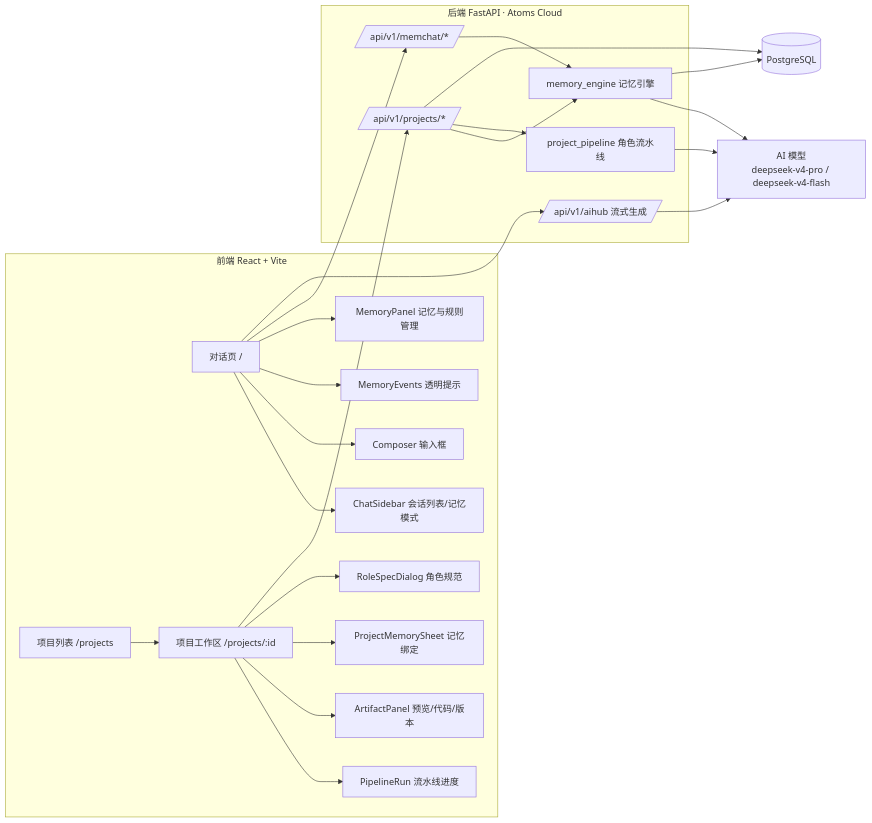
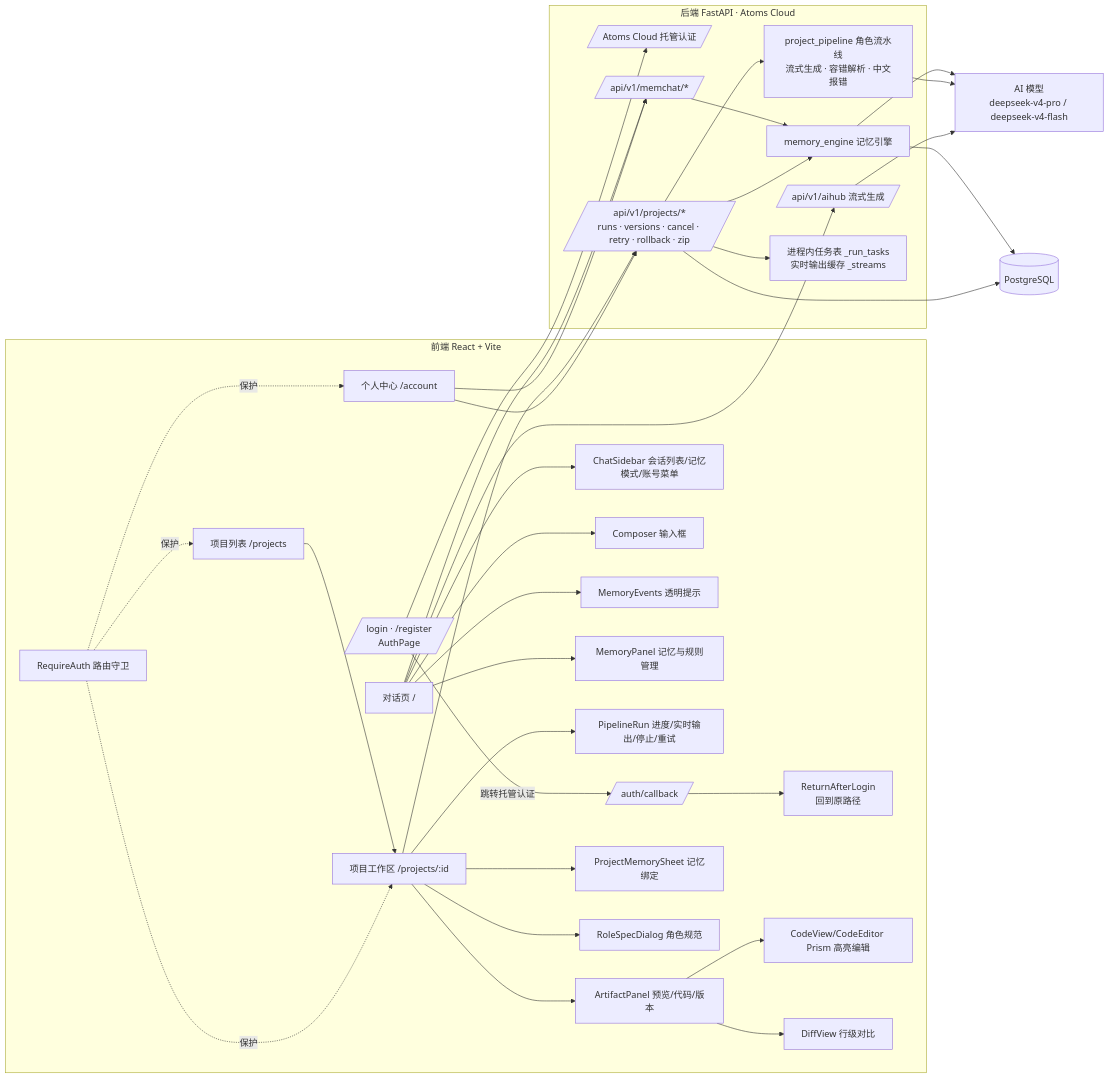
The first of 12 diagrams in app/docs/系统功能设计说明.md (immoobc/atoms-demo), drawn with Mermaid before and after one commit. The commit also changed other lines of this file and 20 other files, not shown here.

First line of the commit message:
feat: auth pages, code management, streaming agent, state restore; docs v2.0

````diff
--- a/app/docs/系统功能设计说明.md
+++ b/app/docs/系统功能设计说明.md
@@ -31,35 +53,46 @@
 ```mermaid
 flowchart LR
   subgraph FE[前端 React + Vite]
-    A[对话页 /] --> A1[ChatSidebar 会话列表/记忆模式]
+    L[/login · /register<br/>AuthPage/] -->|跳转托管认证| CB[/auth/callback/]
+    CB --> RA[ReturnAfterLogin<br/>回到原路径]
+    A[对话页 /] --> A1[ChatSidebar 会话列表/记忆模式/账号菜单]
     A --> A2[Composer 输入框]
     A --> A3[MemoryEvents 透明提示]
     A --> A4[MemoryPanel 记忆与规则管理]
+    ACC[个人中心 /account]
     P[项目列表 /projects] --> W[项目工作区 /projects/:id]
-    W --> W1[PipelineRun 流水线进度]
+    W --> W1[PipelineRun 进度/实时输出/停止/重试]
     W --> W2[ArtifactPanel 预览/代码/版本]
+    W2 --> W2a[CodeView/CodeEditor Prism 高亮编辑]
+    W2 --> W2b[DiffView 行级对比]
     W --> W3[ProjectMemorySheet 记忆绑定]
     W --> W4[RoleSpecDialog 角色规范]
+    G[RequireAuth 路由守卫] -.保护.-> P & W & ACC
   end
   subgraph BE[后端 FastAPI · Atoms Cloud]
+    AUTH[/Atoms Cloud 托管认证/]
     R1[/api/v1/memchat/*/]
-    R2[/api/v1/projects/*/]
+    R2[/api/v1/projects/*<br/>runs · versions · cancel · retry · rollback · zip/]
     R3[/api/v1/aihub 流式生成/]
     S1[memory_engine 记忆引擎]
-    S2[project_pipeline 角色流水线]
+    S2[project_pipeline 角色流水线<br/>流式生成 · 容错解析 · 中文报错]
+    T[进程内任务表 _run_tasks<br/>实时输出缓存 _streams]
   end
   DB[(PostgreSQL)]
   LLM[AI 模型<br/>deepseek-v4-pro / deepseek-v4-flash]
 
+  L --> AUTH
   A --> R1
   A --> R3
   W --> R2
+  ACC --> R1 & R2
   R1 --> S1
   R2 --> S1
   R2 --> S2
+  R2 --> T
   S1 --> LLM
   S2 --> LLM
   R3 --> LLM
   S1 --> DB
   R2 --> DB
 ```
````
